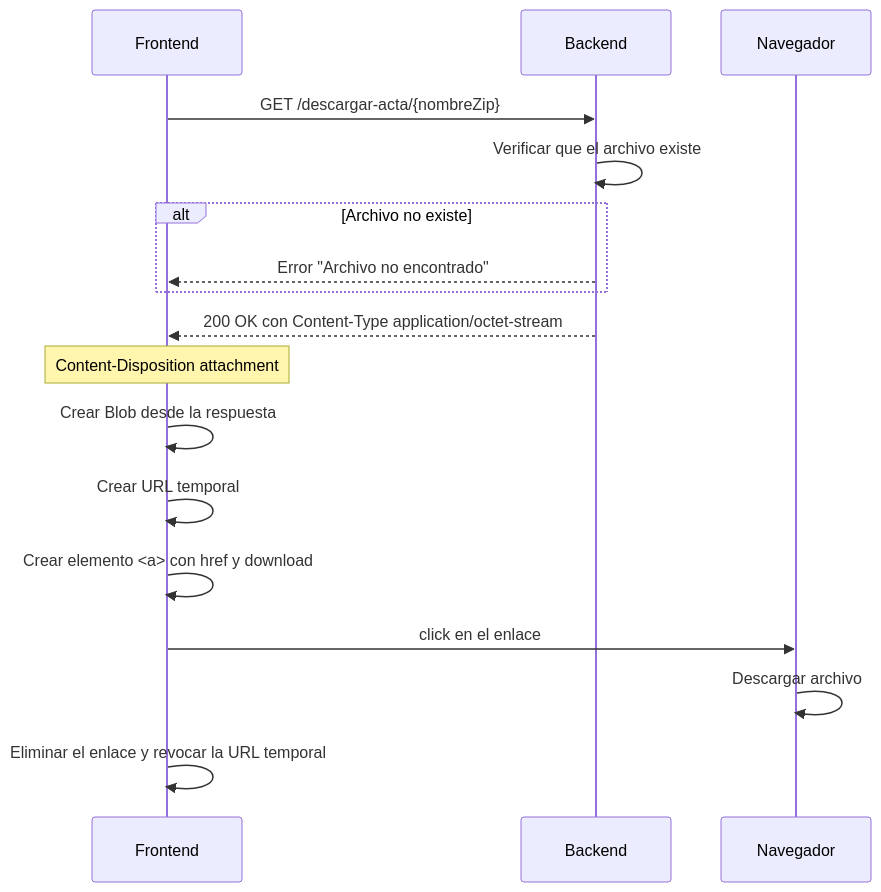
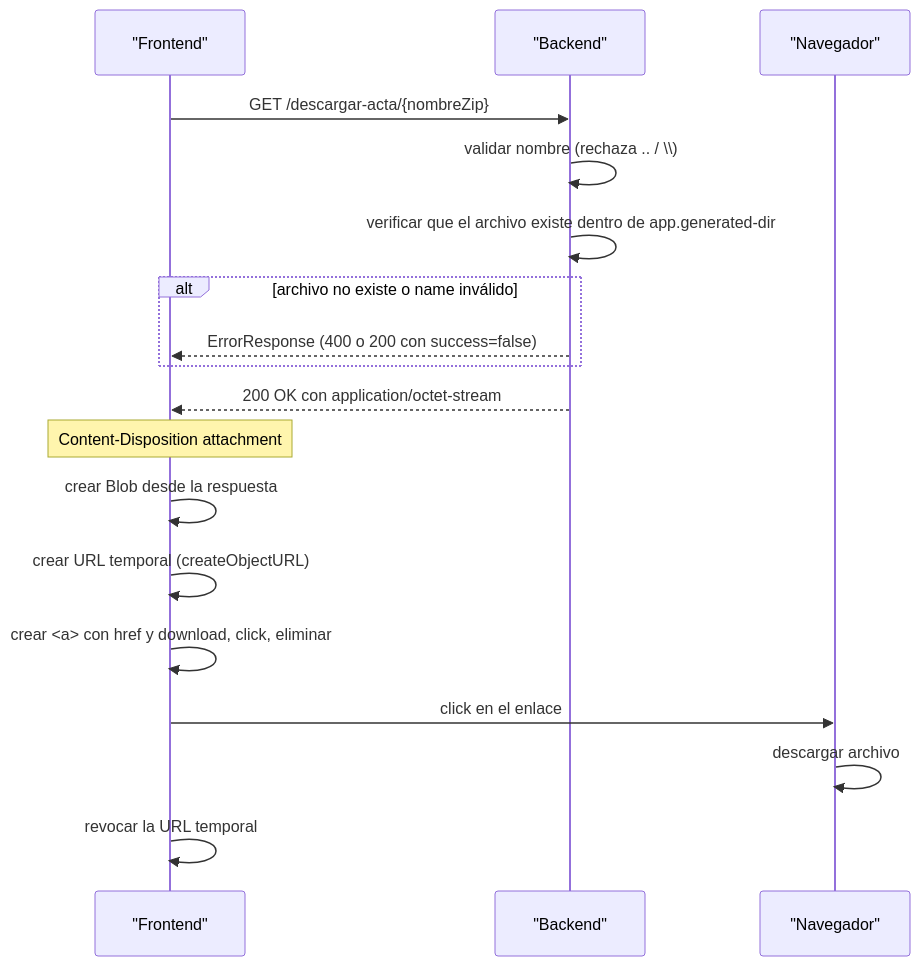
Diagram 12 of 13 in FLUJO_FUNCIONAL.md (juanjosehc/actas-glpi), drawn with Mermaid before and after one commit. The commit also changed other lines of this file and 11 other files, not shown here.

````diff
--- a/FLUJO_FUNCIONAL.md
+++ b/FLUJO_FUNCIONAL.md
@@ -396,20 +469,21 @@
 ```mermaid
 sequenceDiagram
-    participant U as Frontend
-    participant B as Backend
-    participant N as Navegador
+    participant U as "Frontend"
+    participant B as "Backend"
+    participant N as "Navegador"
 
     U->>B: GET /descargar-acta/{nombreZip}
-    B->>B: Verificar que el archivo existe
-    alt Archivo no existe
-        B-->>U: Error "Archivo no encontrado"
+    B->>B: validar nombre (rechaza .. / \\)
+    B->>B: verificar que el archivo existe dentro de app.generated-dir
+    alt archivo no existe o name inválido
+        B-->>U: ErrorResponse (400 o 200 con success=false)
     end
-    B-->>U: 200 OK con Content-Type application/octet-stream
+    B-->>U: 200 OK con application/octet-stream
     Note over U: Content-Disposition attachment
-    U->>U: Crear Blob desde la respuesta
-    U->>U: Crear URL temporal
-    U->>U: Crear elemento <a> con href y download
+    U->>U: crear Blob desde la respuesta
+    U->>U: crear URL temporal (createObjectURL)
+    U->>U: crear <a> con href y download, click, eliminar
     U->>N: click en el enlace
-    N->>N: Descargar archivo
-    U->>U: Eliminar el enlace y revocar la URL temporal
+    N->>N: descargar archivo
+    U->>U: revocar la URL temporal
 ```
````
